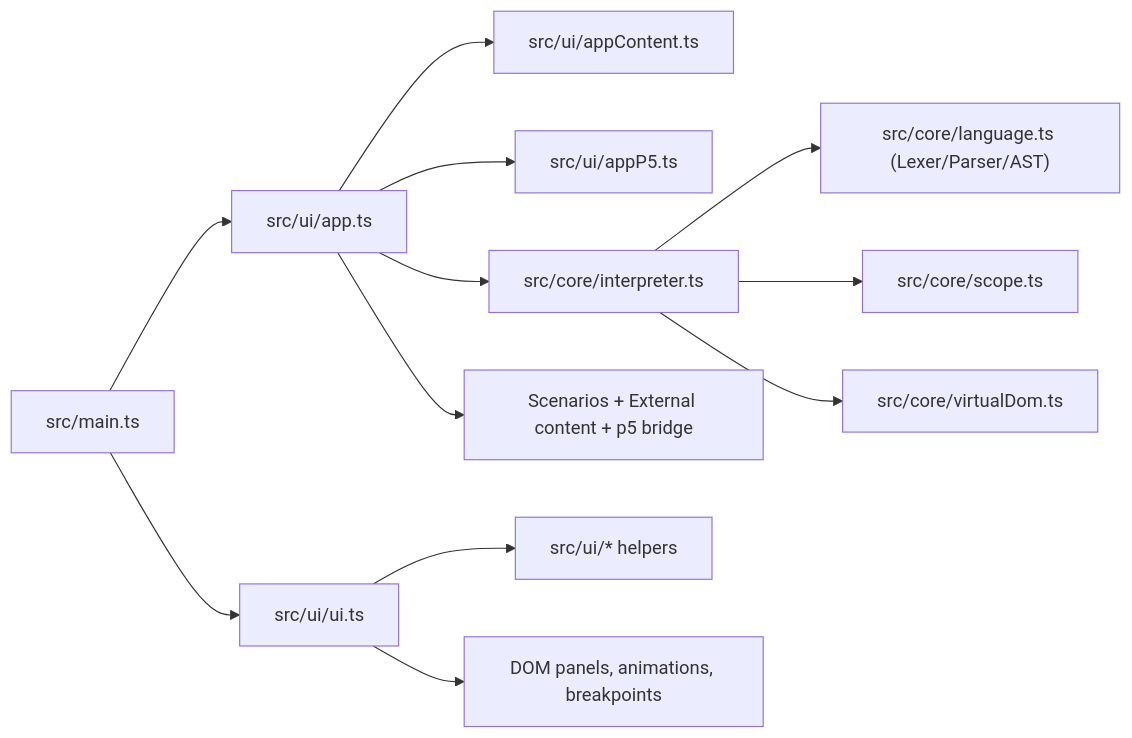
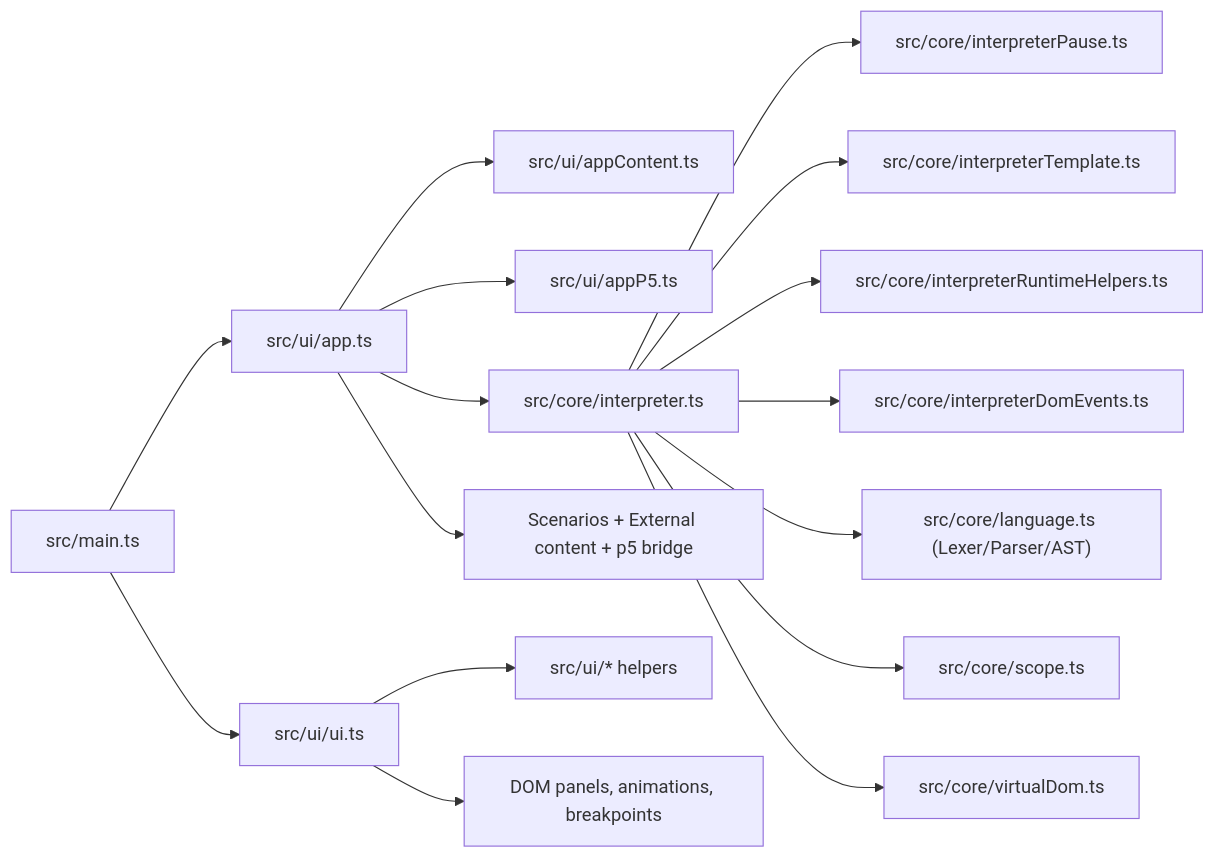
One commit to molinette505/HTMLJavascriptVisualizer changed the diagram in README.md. Above: the diagram before and after it, drawn with Mermaid. The commit also changed other lines of this file and 5 other files, not shown here.

Commit message:
refactor(core): split interpreter into focused modules

````diff
--- a/README.md
+++ b/README.md
@@ -46,14 +46,18 @@
 ```mermaid
 flowchart LR
   A["src/main.ts"] --> B["src/ui/app.ts"]
   B --> B1["src/ui/appContent.ts"]
   B --> B2["src/ui/appP5.ts"]
   A --> C["src/ui/ui.ts"]
   B --> D["src/core/interpreter.ts"]
+  D --> D1["src/core/interpreterPause.ts"]
+  D --> D2["src/core/interpreterTemplate.ts"]
+  D --> D3["src/core/interpreterRuntimeHelpers.ts"]
+  D --> D4["src/core/interpreterDomEvents.ts"]
   D --> E["src/core/language.ts (Lexer/Parser/AST)"]
   D --> F["src/core/scope.ts"]
   D --> G["src/core/virtualDom.ts"]
   C --> H["src/ui/* helpers"]
   C --> I["DOM panels, animations, breakpoints"]
   B --> J["Scenarios + External content + p5 bridge"]
 ```
````
